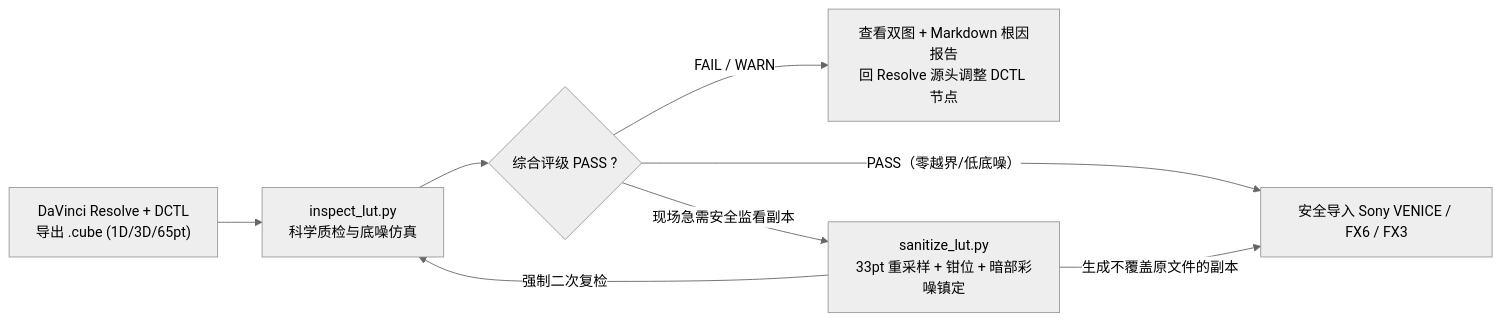
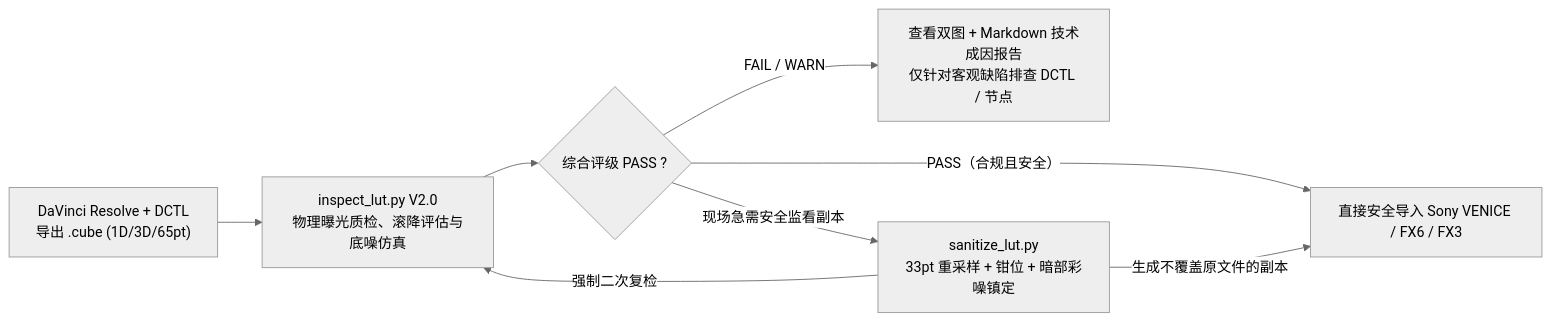
One commit to VINK77aaaa/lut-inspector-skill changed the diagram in README.md. Above: the diagram before and after it, drawn with Mermaid (neutral theme). The commit also changed other lines of this file and 20 other files, not shown here.

````diff
--- a/README.md
+++ b/README.md
@@ -142,10 +163,10 @@
 ```mermaid
 flowchart LR
-    A["DaVinci Resolve + DCTL<br/>导出 .cube (1D/3D/65pt)"] --> B["inspect_lut.py<br/>科学质检与底噪仿真"]
+    A["DaVinci Resolve + DCTL<br/>导出 .cube (1D/3D/65pt)"] --> B["inspect_lut.py V2.0<br/>物理曝光质检、滚降评估与底噪仿真"]
     B --> C{"综合评级 PASS ?"}
-    C -- "PASS（零越界/低底噪）" --> F["安全导入 Sony VENICE / FX6 / FX3"]
-    C -- "FAIL / WARN" --> D["查看双图 + Markdown 根因报告<br/>回 Resolve 源头调整 DCTL 节点"]
+    C -- "PASS（合规且安全）" --> F["直接安全导入 Sony VENICE / FX6 / FX3"]
+    C -- "FAIL / WARN" --> D["查看双图 + Markdown 技术成因报告<br/>仅针对客观缺陷排查 DCTL / 节点"]
     C -- "现场急需安全监看副本" --> E["sanitize_lut.py<br/>33pt 重采样 + 钳位 + 暗部彩噪镇定"]
     E -->|"强制二次复检"| B
     E -->|"生成不覆盖原文件的副本"| F
 ```
````
